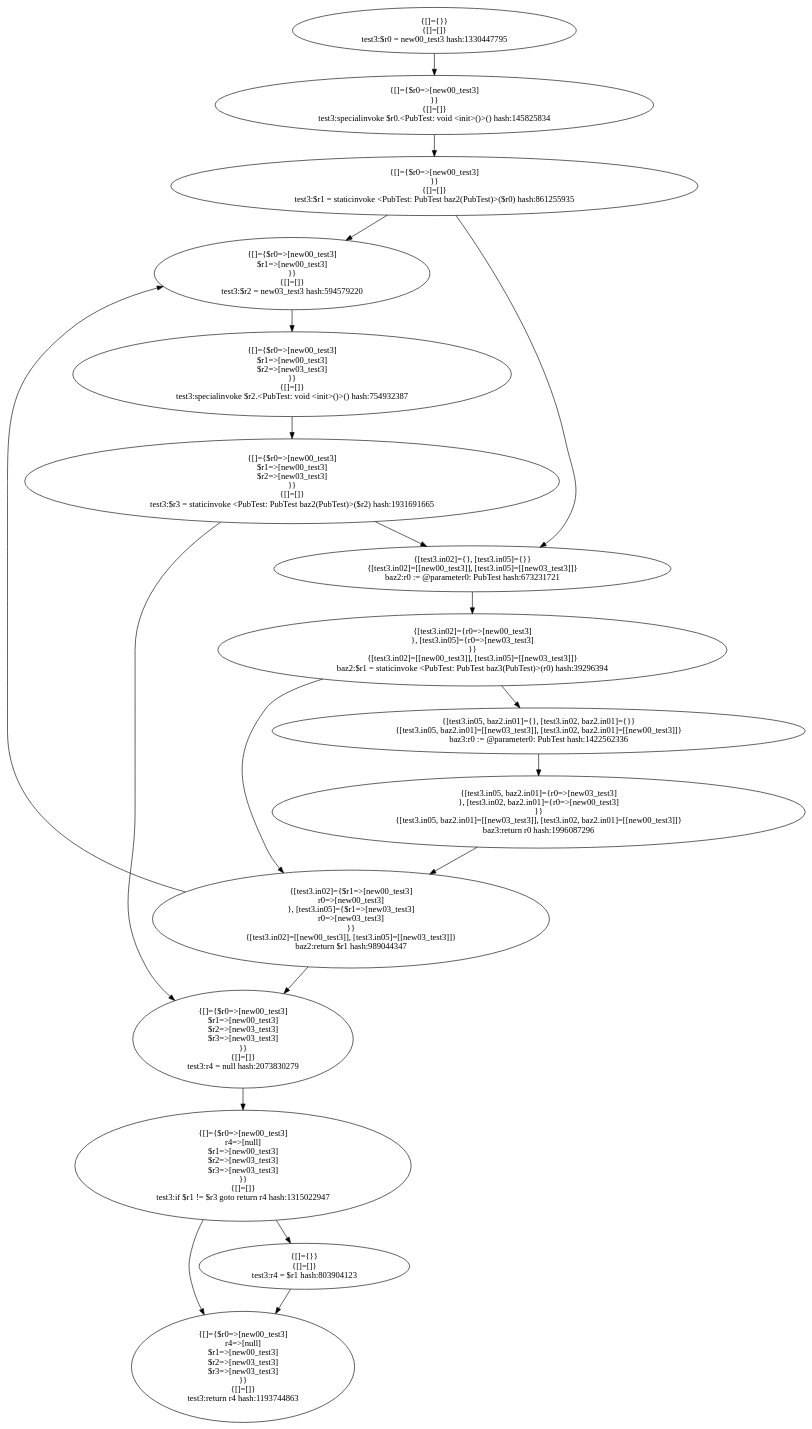
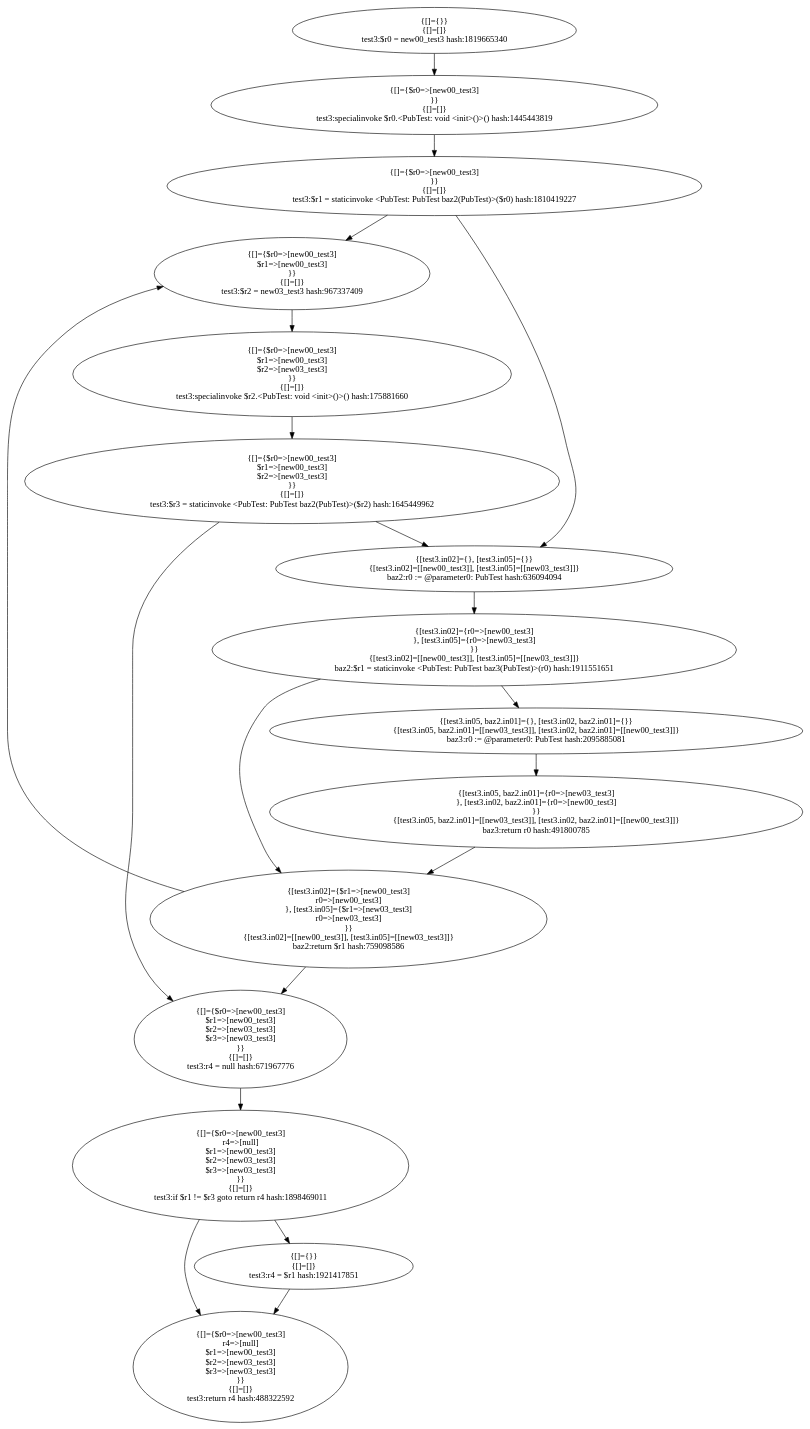
Before and after one commit to khushit-shah/PointsToAnalysisJava: the diagram in target1-pub/PubTest.test3.dot, drawn with Graphviz. The commit also changed 94 other files, not shown here.

```diff
--- a/target1-pub/PubTest.test3.dot
+++ b/target1-pub/PubTest.test3.dot
@@ -1,39 +1,39 @@
 digraph "./target1-pub/PubTest.test3" {
     "{[]={}}
 {[]=[]}
-test3:$r0 = new00_test3 hash:1330447795";
+test3:$r0 = new00_test3 hash:1819665340";
     "{[]={$r0=>[new00_test3]
 }}
 {[]=[]}
-test3:specialinvoke $r0.<PubTest: void <init>()>() hash:145825834";
+test3:specialinvoke $r0.<PubTest: void <init>()>() hash:1445443819";
     "{[]={$r0=>[new00_test3]
 }}
 {[]=[]}
-test3:$r1 = staticinvoke <PubTest: PubTest baz2(PubTest)>($r0) hash:861255935";
+test3:$r1 = staticinvoke <PubTest: PubTest baz2(PubTest)>($r0) hash:1810419227";
     "{[]={$r0=>[new00_test3]
 $r1=>[new00_test3]
 }}
 {[]=[]}
-test3:$r2 = new03_test3 hash:594579220";
+test3:$r2 = new03_test3 hash:967337409";
     "{[]={$r0=>[new00_test3]
 $r1=>[new00_test3]
 $r2=>[new03_test3]
 }}
 {[]=[]}
-test3:specialinvoke $r2.<PubTest: void <init>()>() hash:754932387";
+test3:specialinvoke $r2.<PubTest: void <init>()>() hash:175881660";
     "{[]={$r0=>[new00_test3]
 $r1=>[new00_test3]
 $r2=>[new03_test3]
 }}
 {[]=[]}
-test3:$r3 = staticinvoke <PubTest: PubTest baz2(PubTest)>($r2) hash:1931691665";
+test3:$r3 = staticinvoke <PubTest: PubTest baz2(PubTest)>($r2) hash:1645449962";
     "{[]={$r0=>[new00_test3]
 $r1=>[new00_test3]
 $r2=>[new03_test3]
 $r3=>[new03_test3]
 }}
 {[]=[]}
-test3:r4 = null hash:2073830279";
+test3:r4 = null hash:671967776";
     "{[]={$r0=>[new00_test3]
 r4=>[null]
 $r1=>[new00_test3]
@@ -41,10 +41,10 @@
 $r3=>[new03_test3]
 }}
 {[]=[]}
-test3:if $r1 != $r3 goto return r4 hash:1315022947";
+test3:if $r1 != $r3 goto return r4 hash:1898469011";
     "{[]={}}
 {[]=[]}
-test3:r4 = $r1 hash:803904123";
+test3:r4 = $r1 hash:1921417851";
     "{[]={$r0=>[new00_test3]
 r4=>[null]
 $r1=>[new00_test3]
@@ -52,112 +52,112 @@
 $r3=>[new03_test3]
 }}
 {[]=[]}
-test3:return r4 hash:1193744863";
+test3:return r4 hash:488322592";
     "{[test3.in02]={}, [test3.in05]={}}
 {[test3.in02]=[[new00_test3]], [test3.in05]=[[new03_test3]]}
-baz2:r0 := @parameter0: PubTest hash:673231721";
+baz2:r0 := @parameter0: PubTest hash:636094094";
     "{[test3.in02]={r0=>[new00_test3]
 }, [test3.in05]={r0=>[new03_test3]
 }}
 {[test3.in02]=[[new00_test3]], [test3.in05]=[[new03_test3]]}
-baz2:$r1 = staticinvoke <PubTest: PubTest baz3(PubTest)>(r0) hash:39296394";
+baz2:$r1 = staticinvoke <PubTest: PubTest baz3(PubTest)>(r0) hash:1911551651";
     "{[test3.in02]={$r1=>[new00_test3]
 r0=>[new00_test3]
 }, [test3.in05]={$r1=>[new03_test3]
 r0=>[new03_test3]
 }}
 {[test3.in02]=[[new00_test3]], [test3.in05]=[[new03_test3]]}
-baz2:return $r1 hash:989044347";
+baz2:return $r1 hash:759098586";
     "{[test3.in05, baz2.in01]={}, [test3.in02, baz2.in01]={}}
 {[test3.in05, baz2.in01]=[[new03_test3]], [test3.in02, baz2.in01]=[[new00_test3]]}
-baz3:r0 := @parameter0: PubTest hash:1422562336";
+baz3:r0 := @parameter0: PubTest hash:2095885081";
     "{[test3.in05, baz2.in01]={r0=>[new03_test3]
 }, [test3.in02, baz2.in01]={r0=>[new00_test3]
 }}
 {[test3.in05, baz2.in01]=[[new03_test3]], [test3.in02, baz2.in01]=[[new00_test3]]}
-baz3:return r0 hash:1996087296";
+baz3:return r0 hash:491800785";
     "{[]={}}
 {[]=[]}
-test3:$r0 = new00_test3 hash:1330447795"->"{[]={$r0=>[new00_test3]
+test3:$r0 = new00_test3 hash:1819665340"->"{[]={$r0=>[new00_test3]
 }}
 {[]=[]}
-test3:specialinvoke $r0.<PubTest: void <init>()>() hash:145825834";
+test3:specialinvoke $r0.<PubTest: void <init>()>() hash:1445443819";
     "{[]={$r0=>[new00_test3]
 }}
 {[]=[]}
-test3:specialinvoke $r0.<PubTest: void <init>()>() hash:145825834"->"{[]={$r0=>[new00_test3]
+test3:specialinvoke $r0.<PubTest: void <init>()>() hash:1445443819"->"{[]={$r0=>[new00_test3]
 }}
 {[]=[]}
-test3:$r1 = staticinvoke <PubTest: PubTest baz2(PubTest)>($r0) hash:861255935";
+test3:$r1 = staticinvoke <PubTest: PubTest baz2(PubTest)>($r0) hash:1810419227";
     "{[]={$r0=>[new00_test3]
 }}
 {[]=[]}
-test3:$r1 = staticinvoke <PubTest: PubTest baz2(PubTest)>($r0) hash:861255935"->"{[]={$r0=>[new00_test3]
+test3:$r1 = staticinvoke <PubTest: PubTest baz2(PubTest)>($r0) hash:1810419227"->"{[test3.in02]={}, [test3.in05]={}}
+{[test3.in02]=[[new00_test3]], [test3.in05]=[[new03_test3]]}
+baz2:r0 := @parameter0: PubTest hash:636094094";
+    "{[]={$r0=>[new00_test3]
+}}
+{[]=[]}
+test3:$r1 = staticinvoke <PubTest: PubTest baz2(PubTest)>($r0) hash:1810419227"->"{[]={$r0=>[new00_test3]
 $r1=>[new00_test3]
 }}
 {[]=[]}
-test3:$r2 = new03_test3 hash:594579220";
-    "{[]={$r0=>[new00_test3]
-}}
-{[]=[]}
-test3:$r1 = staticinvoke <PubTest: PubTest baz2(PubTest)>($r0) hash:861255935"->"{[test3.in02]={}, [test3.in05]={}}
-{[test3.in02]=[[new00_test3]], [test3.in05]=[[new03_test3]]}
-baz2:r0 := @parameter0: PubTest hash:673231721";
+test3:$r2 = new03_test3 hash:967337409";
     "{[]={$r0=>[new00_test3]
 $r1=>[new00_test3]
 }}
 {[]=[]}
-test3:$r2 = new03_test3 hash:594579220"->"{[]={$r0=>[new00_test3]
+test3:$r2 = new03_test3 hash:967337409"->"{[]={$r0=>[new00_test3]
 $r1=>[new00_test3]
 $r2=>[new03_test3]
 }}
 {[]=[]}
-test3:specialinvoke $r2.<PubTest: void <init>()>() hash:754932387";
+test3:specialinvoke $r2.<PubTest: void <init>()>() hash:175881660";
     "{[]={$r0=>[new00_test3]
 $r1=>[new00_test3]
 $r2=>[new03_test3]
 }}
 {[]=[]}
-test3:specialinvoke $r2.<PubTest: void <init>()>() hash:754932387"->"{[]={$r0=>[new00_test3]
+test3:specialinvoke $r2.<PubTest: void <init>()>() hash:175881660"->"{[]={$r0=>[new00_test3]
 $r1=>[new00_test3]
 $r2=>[new03_test3]
 }}
 {[]=[]}
-test3:$r3 = staticinvoke <PubTest: PubTest baz2(PubTest)>($r2) hash:1931691665";
+test3:$r3 = staticinvoke <PubTest: PubTest baz2(PubTest)>($r2) hash:1645449962";
     "{[]={$r0=>[new00_test3]
 $r1=>[new00_test3]
 $r2=>[new03_test3]
 }}
 {[]=[]}
-test3:$r3 = staticinvoke <PubTest: PubTest baz2(PubTest)>($r2) hash:1931691665"->"{[]={$r0=>[new00_test3]
+test3:$r3 = staticinvoke <PubTest: PubTest baz2(PubTest)>($r2) hash:1645449962"->"{[test3.in02]={}, [test3.in05]={}}
+{[test3.in02]=[[new00_test3]], [test3.in05]=[[new03_test3]]}
+baz2:r0 := @parameter0: PubTest hash:636094094";
+    "{[]={$r0=>[new00_test3]
+$r1=>[new00_test3]
+$r2=>[new03_test3]
+}}
+{[]=[]}
+test3:$r3 = staticinvoke <PubTest: PubTest baz2(PubTest)>($r2) hash:1645449962"->"{[]={$r0=>[new00_test3]
 $r1=>[new00_test3]
 $r2=>[new03_test3]
 $r3=>[new03_test3]
 }}
 {[]=[]}
-test3:r4 = null hash:2073830279";
-    "{[]={$r0=>[new00_test3]
-$r1=>[new00_test3]
-$r2=>[new03_test3]
-}}
-{[]=[]}
-test3:$r3 = staticinvoke <PubTest: PubTest baz2(PubTest)>($r2) hash:1931691665"->"{[test3.in02]={}, [test3.in05]={}}
-{[test3.in02]=[[new00_test3]], [test3.in05]=[[new03_test3]]}
-baz2:r0 := @parameter0: PubTest hash:673231721";
+test3:r4 = null hash:671967776";
     "{[]={$r0=>[new00_test3]
 $r1=>[new00_test3]
 $r2=>[new03_test3]
 $r3=>[new03_test3]
 }}
 {[]=[]}
-test3:r4 = null hash:2073830279"->"{[]={$r0=>[new00_test3]
+test3:r4 = null hash:671967776"->"{[]={$r0=>[new00_test3]
 r4=>[null]
 $r1=>[new00_test3]
 $r2=>[new03_test3]
 $r3=>[new03_test3]
 }}
 {[]=[]}
-test3:if $r1 != $r3 goto return r4 hash:1315022947";
+test3:if $r1 != $r3 goto return r4 hash:1898469011";
     "{[]={$r0=>[new00_test3]
 r4=>[null]
 $r1=>[new00_test3]
@@ -165,9 +165,9 @@
 $r3=>[new03_test3]
 }}
 {[]=[]}
-test3:if $r1 != $r3 goto return r4 hash:1315022947"->"{[]={}}
+test3:if $r1 != $r3 goto return r4 hash:1898469011"->"{[]={}}
 {[]=[]}
-test3:r4 = $r1 hash:803904123";
+test3:r4 = $r1 hash:1921417851";
     "{[]={$r0=>[new00_test3]
 r4=>[null]
 $r1=>[new00_test3]
@@ -175,89 +175,89 @@
 $r3=>[new03_test3]
 }}
 {[]=[]}
-test3:if $r1 != $r3 goto return r4 hash:1315022947"->"{[]={$r0=>[new00_test3]
+test3:if $r1 != $r3 goto return r4 hash:1898469011"->"{[]={$r0=>[new00_test3]
 r4=>[null]
 $r1=>[new00_test3]
 $r2=>[new03_test3]
 $r3=>[new03_test3]
 }}
 {[]=[]}
-test3:return r4 hash:1193744863";
+test3:return r4 hash:488322592";
     "{[]={}}
 {[]=[]}
-test3:r4 = $r1 hash:803904123"->"{[]={$r0=>[new00_test3]
+test3:r4 = $r1 hash:1921417851"->"{[]={$r0=>[new00_test3]
 r4=>[null]
 $r1=>[new00_test3]
 $r2=>[new03_test3]
 $r3=>[new03_test3]
 }}
 {[]=[]}
-test3:return r4 hash:1193744863";
+test3:return r4 hash:488322592";
     "{[test3.in02]={}, [test3.in05]={}}
 {[test3.in02]=[[new00_test3]], [test3.in05]=[[new03_test3]]}
-baz2:r0 := @parameter0: PubTest hash:673231721"->"{[test3.in02]={r0=>[new00_test3]
+baz2:r0 := @parameter0: PubTest hash:636094094"->"{[test3.in02]={r0=>[new00_test3]
 }, [test3.in05]={r0=>[new03_test3]
 }}
 {[test3.in02]=[[new00_test3]], [test3.in05]=[[new03_test3]]}
-baz2:$r1 = staticinvoke <PubTest: PubTest baz3(PubTest)>(r0) hash:39296394";
+baz2:$r1 = staticinvoke <PubTest: PubTest baz3(PubTest)>(r0) hash:1911551651";
     "{[test3.in02]={r0=>[new00_test3]
 }, [test3.in05]={r0=>[new03_test3]
 }}
 {[test3.in02]=[[new00_test3]], [test3.in05]=[[new03_test3]]}
-baz2:$r1 = staticinvoke <PubTest: PubTest baz3(PubTest)>(r0) hash:39296394"->"{[test3.in02]={$r1=>[new00_test3]
+baz2:$r1 = staticinvoke <PubTest: PubTest baz3(PubTest)>(r0) hash:1911551651"->"{[test3.in05, baz2.in01]={}, [test3.in02, baz2.in01]={}}
+{[test3.in05, baz2.in01]=[[new03_test3]], [test3.in02, baz2.in01]=[[new00_test3]]}
+baz3:r0 := @parameter0: PubTest hash:2095885081";
+    "{[test3.in02]={r0=>[new00_test3]
+}, [test3.in05]={r0=>[new03_test3]
+}}
+{[test3.in02]=[[new00_test3]], [test3.in05]=[[new03_test3]]}
+baz2:$r1 = staticinvoke <PubTest: PubTest baz3(PubTest)>(r0) hash:1911551651"->"{[test3.in02]={$r1=>[new00_test3]
 r0=>[new00_test3]
 }, [test3.in05]={$r1=>[new03_test3]
 r0=>[new03_test3]
 }}
 {[test3.in02]=[[new00_test3]], [test3.in05]=[[new03_test3]]}
-baz2:return $r1 hash:989044347";
-    "{[test3.in02]={r0=>[new00_test3]
-}, [test3.in05]={r0=>[new03_test3]
-}}
-{[test3.in02]=[[new00_test3]], [test3.in05]=[[new03_test3]]}
-baz2:$r1 = staticinvoke <PubTest: PubTest baz3(PubTest)>(r0) hash:39296394"->"{[test3.in05, baz2.in01]={}, [test3.in02, baz2.in01]={}}
-{[test3.in05, baz2.in01]=[[new03_test3]], [test3.in02, baz2.in01]=[[new00_test3]]}
-baz3:r0 := @parameter0: PubTest hash:1422562336";
+baz2:return $r1 hash:759098586";
     "{[test3.in02]={$r1=>[new00_test3]
 r0=>[new00_test3]
 }, [test3.in05]={$r1=>[new03_test3]
 r0=>[new03_test3]
 }}
 {[test3.in02]=[[new00_test3]], [test3.in05]=[[new03_test3]]}
-baz2:return $r1 hash:989044347"->"{[]={$r0=>[new00_test3]
+baz2:return $r1 hash:759098586"->"{[]={$r0=>[new00_test3]
 $r1=>[new00_test3]
 }}
 {[]=[]}
-test3:$r2 = new03_test3 hash:594579220";
+test3:$r2 = new03_test3 hash:967337409";
     "{[test3.in02]={$r1=>[new00_test3]
 r0=>[new00_test3]
 }, [test3.in05]={$r1=>[new03_test3]
 r0=>[new03_test3]
 }}
 {[test3.in02]=[[new00_test3]], [test3.in05]=[[new03_test3]]}
-baz2:return $r1 hash:989044347"->"{[]={$r0=>[new00_test3]
+baz2:return $r1 hash:759098586"->"{[]={$r0=>[new00_test3]
 $r1=>[new00_test3]
 $r2=>[new03_test3]
 $r3=>[new03_test3]
 }}
 {[]=[]}
-test3:r4 = null hash:2073830279";
+test3:r4 = null hash:671967776";
     "{[test3.in05, baz2.in01]={}, [test3.in02, baz2.in01]={}}
 {[test3.in05, baz2.in01]=[[new03_test3]], [test3.in02, baz2.in01]=[[new00_test3]]}
-baz3:r0 := @parameter0: PubTest hash:1422562336"->"{[test3.in05, baz2.in01]={r0=>[new03_test3]
+baz3:r0 := @parameter0: PubTest hash:2095885081"->"{[test3.in05, baz2.in01]={r0=>[new03_test3]
 }, [test3.in02, baz2.in01]={r0=>[new00_test3]
 }}
 {[test3.in05, baz2.in01]=[[new03_test3]], [test3.in02, baz2.in01]=[[new00_test3]]}
-baz3:return r0 hash:1996087296";
+baz3:return r0 hash:491800785";
     "{[test3.in05, baz2.in01]={r0=>[new03_test3]
 }, [test3.in02, baz2.in01]={r0=>[new00_test3]
 }}
 {[test3.in05, baz2.in01]=[[new03_test3]], [test3.in02, baz2.in01]=[[new00_test3]]}
-baz3:return r0 hash:1996087296"->"{[test3.in02]={$r1=>[new00_test3]
+baz3:return r0 hash:491800785"->"{[test3.in02]={$r1=>[new00_test3]
 r0=>[new00_test3]
 }, [test3.in05]={$r1=>[new03_test3]
 r0=>[new03_test3]
 }}
 {[test3.in02]=[[new00_test3]], [test3.in05]=[[new03_test3]]}
-baz2:return $r1 hash:989044347";
+baz2:return $r1 hash:759098586";
 }
```
